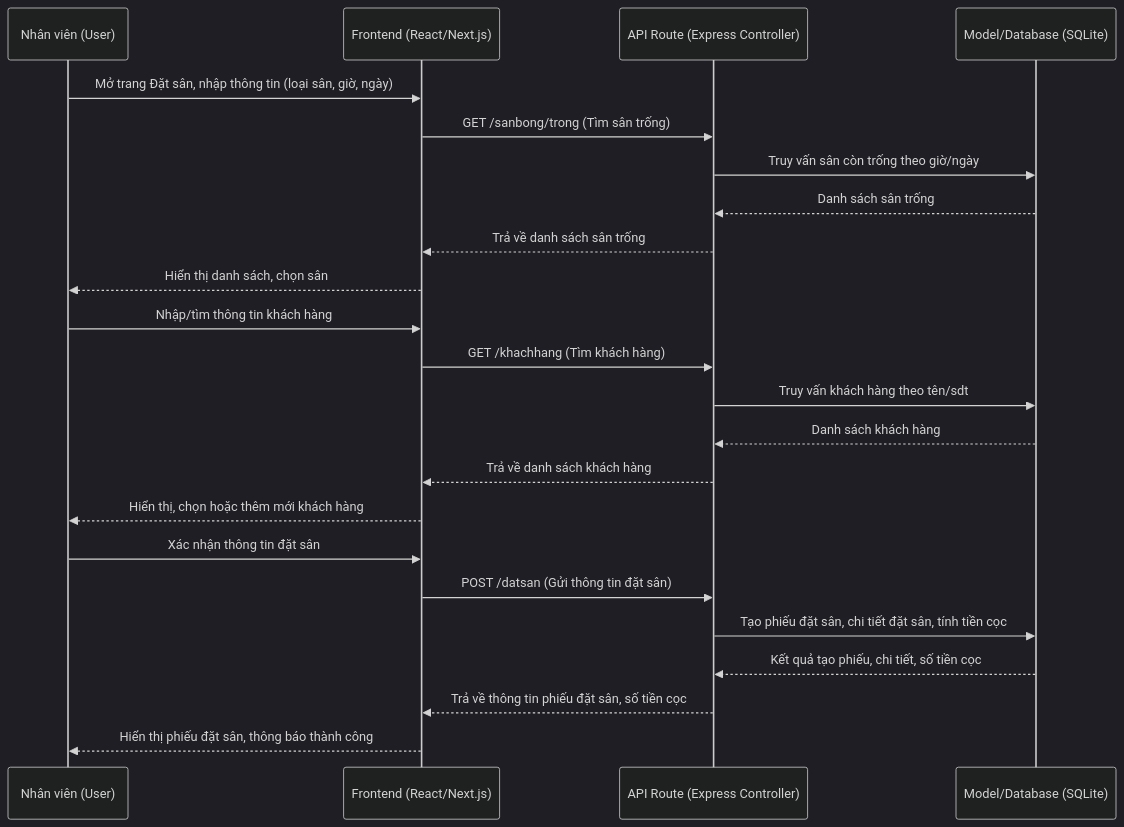
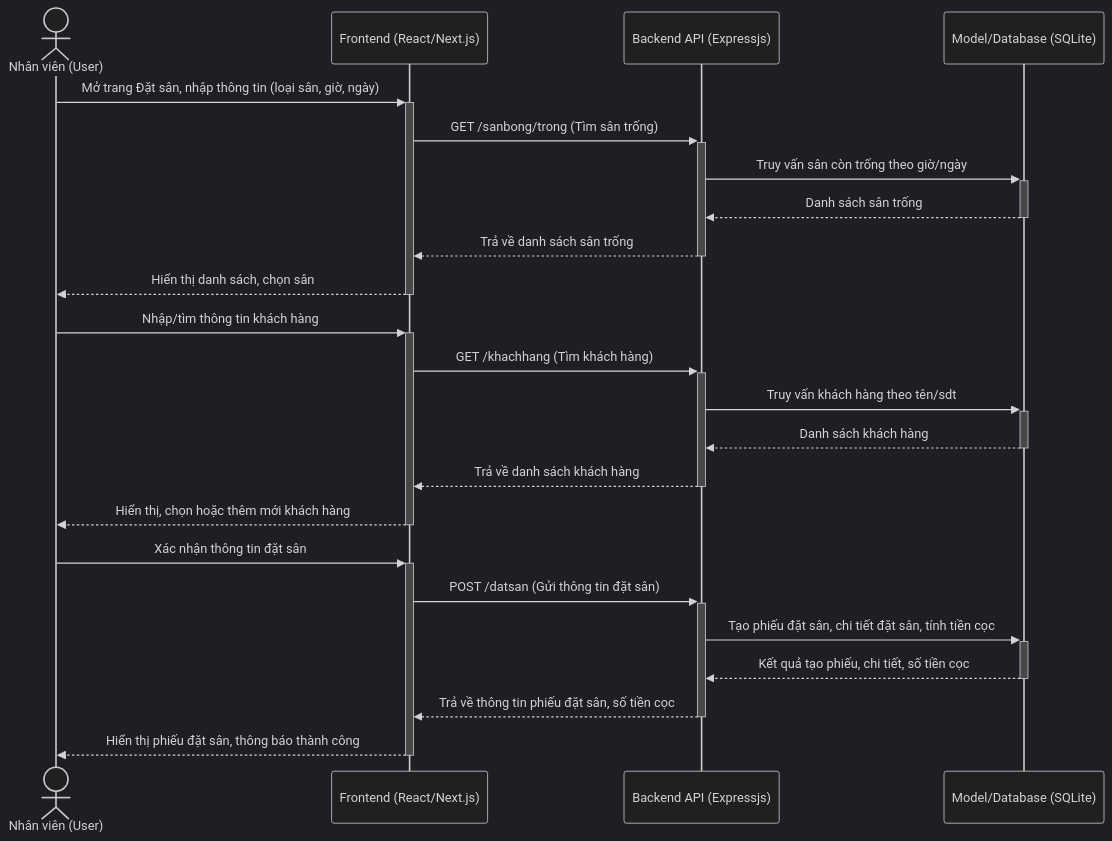
One commit to hinorashi/qlsb changed the third of 6 diagrams in BAOCAO.md. Above: the diagram before and after it, drawn with Mermaid (dark theme). The commit also changed other lines of this file, not shown here.

Commit message:
thêm activation

````diff
--- a/BAOCAO.md
+++ b/BAOCAO.md
@@ -127,28 +172,28 @@
 ```mermaid
 sequenceDiagram
-    participant User as Nhân viên (User)
+    actor User as Nhân viên (User)
     participant View as Frontend (React/Next.js)
-    participant Controller as API Route (Express Controller)
+    participant Controller as Backend API (Expressjs)
     participant Model as Model/Database (SQLite)
 
-    User->>View: Mở trang Đặt sân, nhập thông tin (loại sân, giờ, ngày)
-    View->>Controller: GET /sanbong/trong (Tìm sân trống)
-    Controller->>Model: Truy vấn sân còn trống theo giờ/ngày
-    Model-->>Controller: Danh sách sân trống
-    Controller-->>View: Trả về danh sách sân trống
-    View-->>User: Hiển thị danh sách, chọn sân
+    User->>+View: Mở trang Đặt sân, nhập thông tin (loại sân, giờ, ngày)
+    View->>+Controller: GET /sanbong/trong (Tìm sân trống)
+    Controller->>+Model: Truy vấn sân còn trống theo giờ/ngày
+    Model-->>-Controller: Danh sách sân trống
+    Controller-->>-View: Trả về danh sách sân trống
+    View-->>-User: Hiển thị danh sách, chọn sân
 
-    User->>View: Nhập/tìm thông tin khách hàng
-    View->>Controller: GET /khachhang (Tìm khách hàng)
-    Controller->>Model: Truy vấn khách hàng theo tên/sdt
-    Model-->>Controller: Danh sách khách hàng
-    Controller-->>View: Trả về danh sách khách hàng
-    View-->>User: Hiển thị, chọn hoặc thêm mới khách hàng
-    User->>View: Xác nhận thông tin đặt sân
+    User->>+View: Nhập/tìm thông tin khách hàng
+    View->>+Controller: GET /khachhang (Tìm khách hàng)
+    Controller->>+Model: Truy vấn khách hàng theo tên/sdt
+    Model-->>-Controller: Danh sách khách hàng
+    Controller-->>-View: Trả về danh sách khách hàng
+    View-->>-User: Hiển thị, chọn hoặc thêm mới khách hàng
+    User->>+View: Xác nhận thông tin đặt sân
 
-    View->>Controller: POST /datsan (Gửi thông tin đặt sân)
-    Controller->>Model: Tạo phiếu đặt sân, chi tiết đặt sân, tính tiền cọc
-    Model-->>Controller: Kết quả tạo phiếu, chi tiết, số tiền cọc
-    Controller-->>View: Trả về thông tin phiếu đặt sân, số tiền cọc
-    View-->>User: Hiển thị phiếu đặt sân, thông báo thành công
+    View->>+Controller: POST /datsan (Gửi thông tin đặt sân)
+    Controller->>+Model: Tạo phiếu đặt sân, chi tiết đặt sân, tính tiền cọc
+    Model-->>-Controller: Kết quả tạo phiếu, chi tiết, số tiền cọc
+    Controller-->>-View: Trả về thông tin phiếu đặt sân, số tiền cọc
+    View-->>-User: Hiển thị phiếu đặt sân, thông báo thành công
 ```
````
